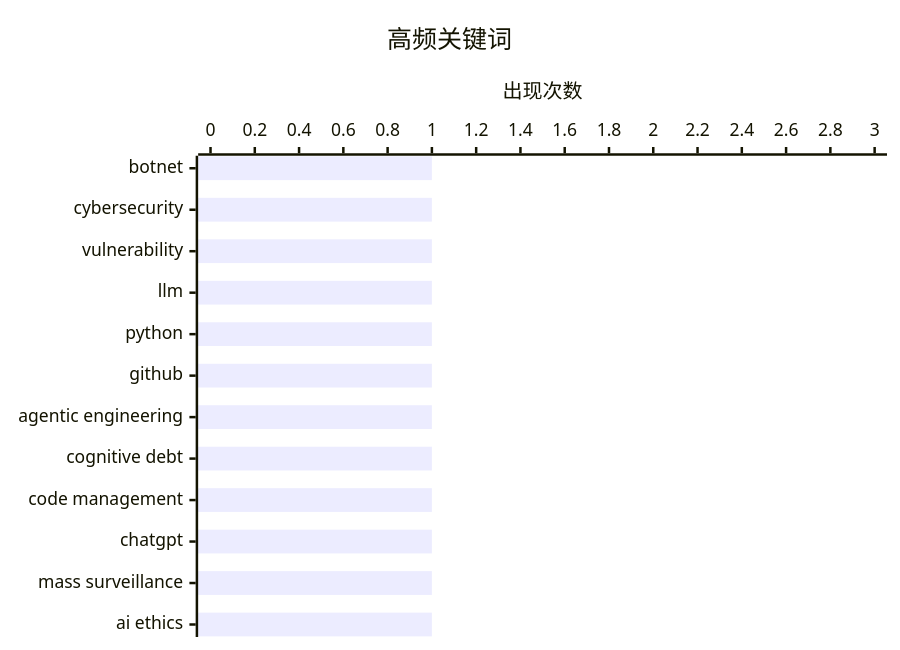
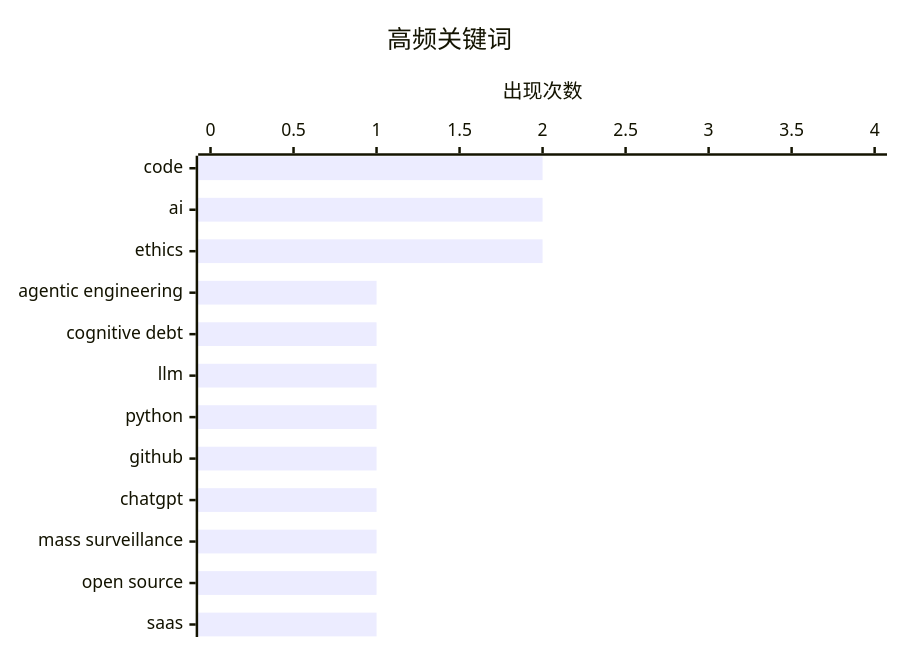
Before and after one commit to gitmeus/daily-reports: the second of 2 diagrams in digest-20260301.md, drawn with Mermaid. The commit also changed other lines of this file, not shown here.

````diff
--- a/digest-20260301.md
+++ b/digest-20260301.md
@@ -66,7 +66,7 @@
 ```mermaid
 xychart-beta horizontal
     title "高频关键词"
-    x-axis ["botnet", "cybersecurity", "vulnerability", "llm", "python", "github", "agentic engineering", "cognitive debt", "code management", "chatgpt", "mass surveillance", "ai ethics"]
-    y-axis "出现次数" 0 --> 3
-    bar [1, 1, 1, 1, 1, 1, 1, 1, 1, 1, 1, 1]
+    x-axis ["code", "ai", "ethics", "agentic engineering", "cognitive debt", "llm", "python", "github", "chatgpt", "mass surveillance", "open source", "saas"]
+    y-axis "出现次数" 0 --> 4
+    bar [2, 2, 2, 1, 1, 1, 1, 1, 1, 1, 1, 1]
 ```
````
